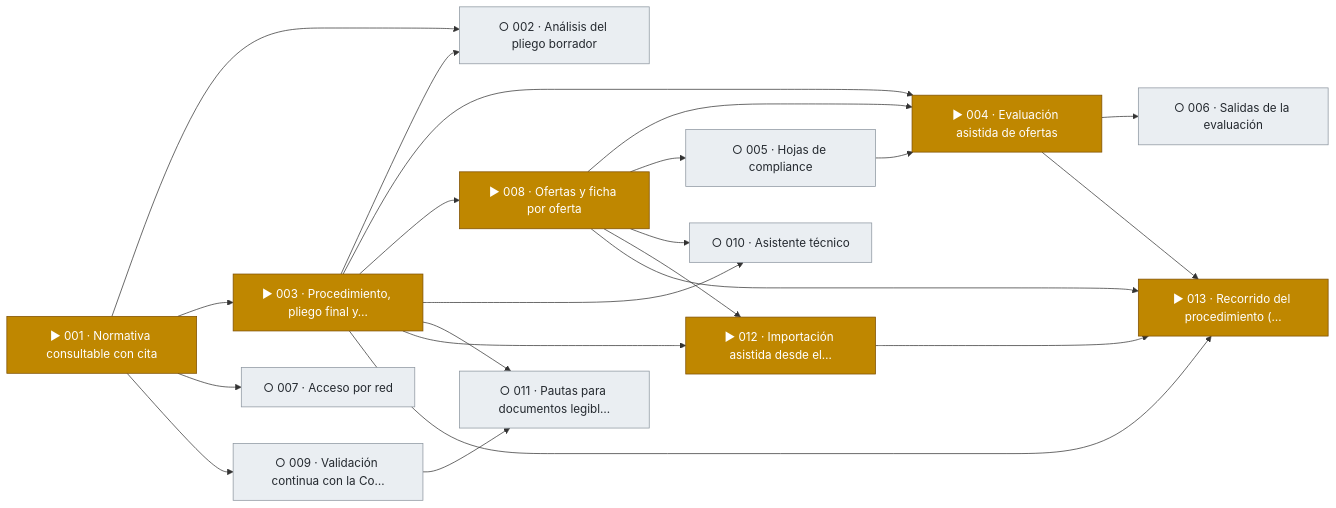
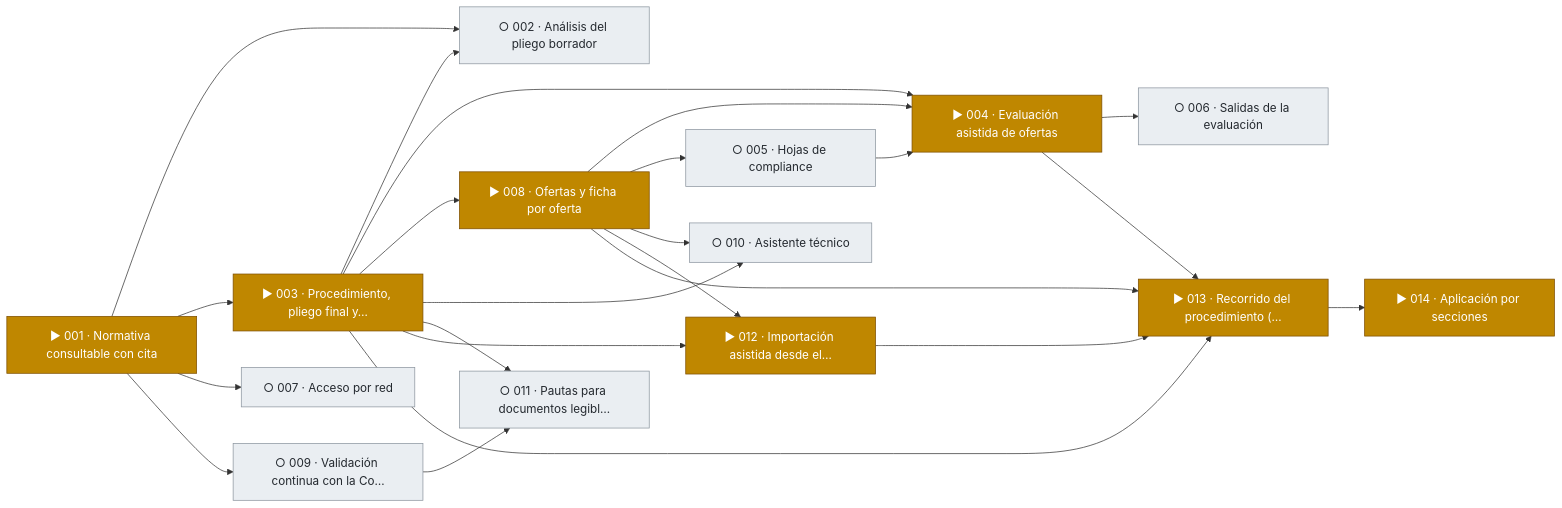
Before and after one commit to snavello/EVALUON: the first of 14 diagrams in docs/tablero.md, drawn with Mermaid. The commit also changed other lines of this file and 4 other files, not shown here.

Commit message:
gestión: spec 014 (aplicación por secciones) y ADR-0047

````diff
--- a/docs/tablero.md
+++ b/docs/tablero.md
@@ -9,42 +9,44 @@
 ```mermaid
 flowchart LR
   F001["▶ 001 · Normativa consultable con cita"]:::active
   F002["○ 002 · Análisis del pliego borrador"]:::todo
   F003["▶ 003 · Procedimiento, pliego final y…"]:::active
   F004["▶ 004 · Evaluación asistida de ofertas"]:::active
   F005["○ 005 · Hojas de compliance"]:::todo
   F006["○ 006 · Salidas de la evaluación"]:::todo
   F007["○ 007 · Acceso por red"]:::todo
   F008["▶ 008 · Ofertas y ficha por oferta"]:::active
   F009["○ 009 · Validación continua con la Co…"]:::todo
   F010["○ 010 · Asistente técnico"]:::todo
   F011["○ 011 · Pautas para documentos legibl…"]:::todo
   F012["▶ 012 · Importación asistida desde el…"]:::active
   F013["▶ 013 · Recorrido del procedimiento (…"]:::active
+  F014["▶ 014 · Aplicación por secciones"]:::active
   F001 --> F002
   F003 --> F002
   F001 --> F003
   F003 --> F004
   F008 --> F004
   F005 --> F004
   F008 --> F005
   F004 --> F006
   F001 --> F007
   F003 --> F008
   F001 --> F009
   F003 --> F010
   F008 --> F010
   F003 --> F011
   F009 --> F011
   F003 --> F012
   F008 --> F012
   F003 --> F013
   F004 --> F013
   F008 --> F013
   F012 --> F013
+  F013 --> F014
   classDef done fill:#1a7f37,stroke:#116329,color:#ffffff
   classDef review fill:#0969da,stroke:#0550ae,color:#ffffff
   classDef active fill:#bf8700,stroke:#7d4e00,color:#ffffff
   classDef blocked fill:#cf222e,stroke:#a40e26,color:#ffffff
   classDef todo fill:#eaeef2,stroke:#8c959f,color:#24292f
 ```
````
